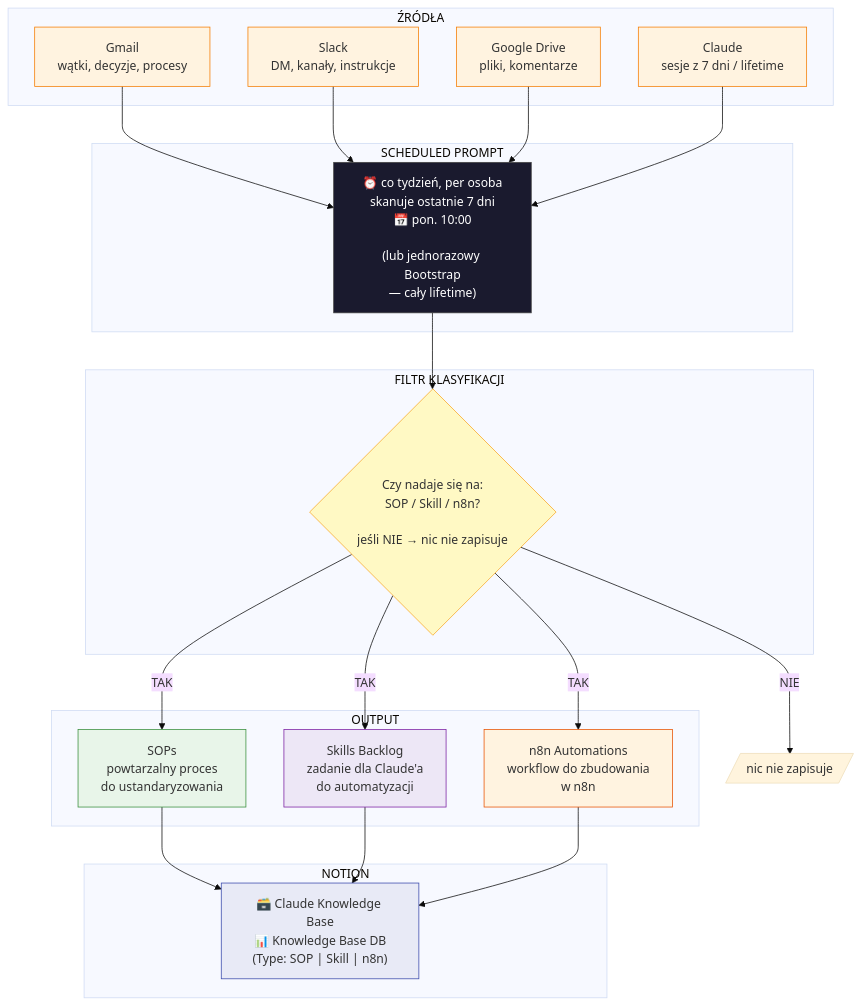
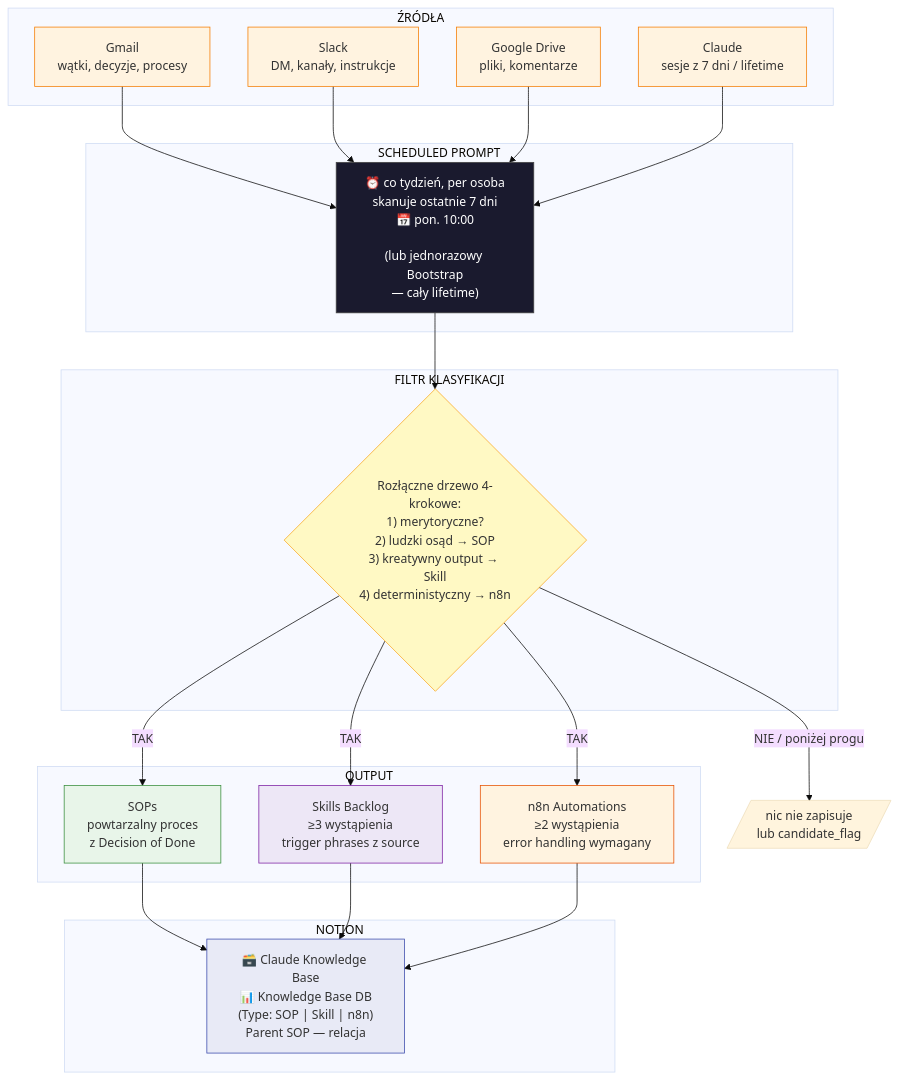
One commit to msm-glitch/knowledge-base changed the second of 5 diagrams in FLOW.md. Above: the diagram before and after it, drawn with Mermaid (base theme). The commit also changed other lines of this file, not shown here.

First line of the commit message:
Update FLOW.md per v2.1: hierarchia SOP root diagram, 4-step decision tree, rozszerzony ER z Owner/Parent_SOP/Credentials/Test_plan

````diff
--- a/FLOW.md
+++ b/FLOW.md
@@ -5,41 +32,41 @@
 ```mermaid
 flowchart TD
     subgraph ŹRÓDŁA["ŹRÓDŁA"]
         A1[Gmail\nwątki, decyzje, procesy]:::source
         A2[Slack\nDM, kanały, instrukcje]:::source
         A3[Google Drive\npliki, komentarze]:::source
         A4[Claude\nsesje z 7 dni / lifetime]:::source
     end
 
     subgraph SCAN["SCHEDULED PROMPT"]
         B["⏰ co tydzień, per osoba\nskanuje ostatnie 7 dni\n📅 pon. 10:00\n\n(lub jednorazowy Bootstrap\n— cały lifetime)"]:::scheduled
     end
 
     subgraph FILTER["FILTR KLASYFIKACJI"]
-        C{"Czy nadaje się na:\nSOP / Skill / n8n?\n\njeśli NIE → nic nie zapisuje"}:::decision
+        C{"Rozłączne drzewo 4-krokowe:\n1) merytoryczne?\n2) ludzki osąd → SOP\n3) kreatywny output → Skill\n4) deterministyczny → n8n"}:::decision
     end
 
     subgraph OUTPUT["OUTPUT"]
-        D1[SOPs\npowtarzalny proces\ndo ustandaryzowania]:::sop
-        D2[Skills Backlog\nzadanie dla Claude'a\ndo automatyzacji]:::skill
-        D3[n8n Automations\nworkflow do zbudowania\nw n8n]:::n8n
+        D1[SOPs\npowtarzalny proces\nz Decision of Done]:::sop
+        D2[Skills Backlog\n≥3 wystąpienia\ntrigger phrases z source]:::skill
+        D3[n8n Automations\n≥2 wystąpienia\nerror handling wymagany]:::n8n
     end
 
     subgraph NOTION["NOTION"]
-        E["🗃️ Claude Knowledge Base\n📊 Knowledge Base DB\n(Type: SOP | Skill | n8n)"]:::notion
+        E["🗃️ Claude Knowledge Base\n📊 Knowledge Base DB\n(Type: SOP | Skill | n8n)\nParent SOP — relacja"]:::notion
     end
 
     A1 & A2 & A3 & A4 --> B
     B --> C
     C -->|TAK| D1 & D2 & D3
     D1 & D2 & D3 --> E
-    C -->|NIE| F[/nic nie zapisuje/]
+    C -->|NIE / poniżej progu| F[/nic nie zapisuje\nlub candidate_flag/]
 
     classDef source fill:#fff3e0,stroke:#f57c00,color:#333
     classDef scheduled fill:#1a1a2e,stroke:#444,color:#fff
     classDef decision fill:#fff9c4,stroke:#f9a825,color:#333
     classDef sop fill:#e8f5e9,stroke:#388e3c,color:#333
     classDef skill fill:#ede7f6,stroke:#7b1fa2,color:#333
     classDef n8n fill:#fff3e0,stroke:#e65100,color:#333
     classDef notion fill:#e8eaf6,stroke:#3949ab,color:#333
 ```
````
